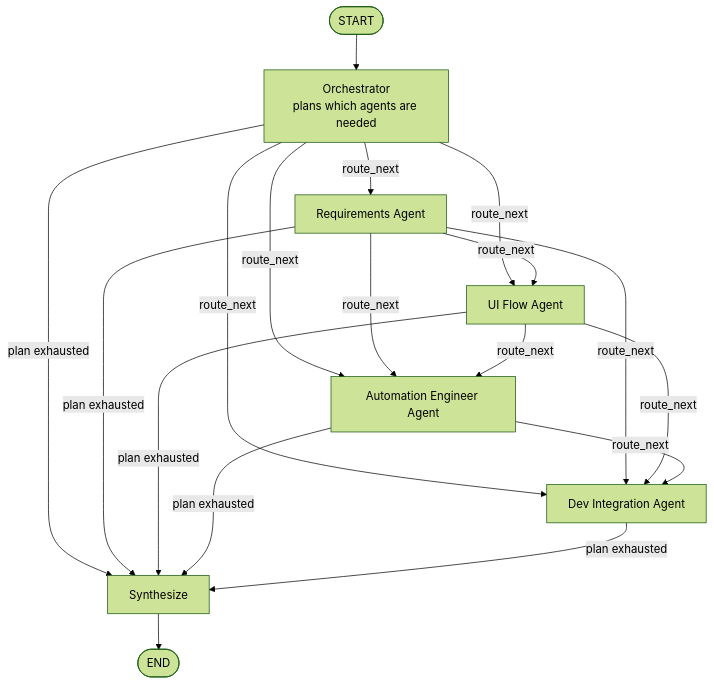
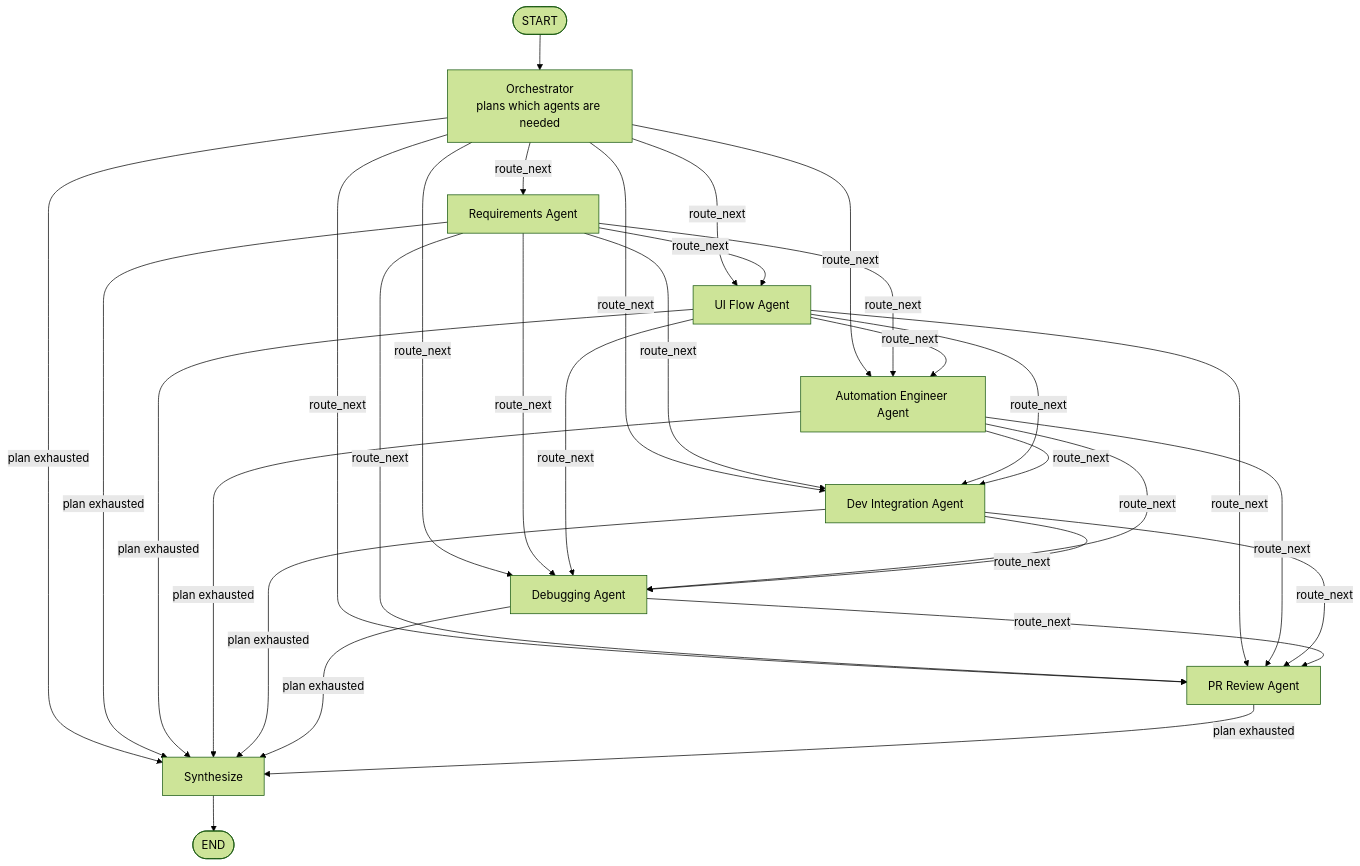
One commit to bennhub/GitHub-QA-Portfolio changed the diagram in AI-QA/Multi-Agent-Workflows/diagrams/workflow-diagram.md. Above: the diagram before and after it, drawn with Mermaid (forest theme). The commit also changed other lines of this file and 9 other files, not shown here.

````diff
--- a/AI-QA/Multi-Agent-Workflows/diagrams/workflow-diagram.md
+++ b/AI-QA/Multi-Agent-Workflows/diagrams/workflow-diagram.md
@@ -8,26 +8,41 @@
 ```mermaid
 flowchart TD
     START([START]) --> ORCH[Orchestrator<br/>plans which agents are needed]
 
     ORCH -->|route_next| REQ[Requirements Agent]
     ORCH -->|route_next| UI[UI Flow Agent]
     ORCH -->|route_next| AUTO[Automation Engineer Agent]
     ORCH -->|route_next| DEV[Dev Integration Agent]
+    ORCH -->|route_next| DEBUG[Debugging Agent]
+    ORCH -->|route_next| PR[PR Review Agent]
     ORCH -->|plan exhausted| SYN[Synthesize]
 
     REQ -->|route_next| UI
     REQ -->|route_next| AUTO
     REQ -->|route_next| DEV
+    REQ -->|route_next| DEBUG
+    REQ -->|route_next| PR
     REQ -->|plan exhausted| SYN
 
     UI -->|route_next| AUTO
     UI -->|route_next| DEV
+    UI -->|route_next| DEBUG
+    UI -->|route_next| PR
     UI -->|plan exhausted| SYN
 
     AUTO -->|route_next| DEV
+    AUTO -->|route_next| DEBUG
+    AUTO -->|route_next| PR
     AUTO -->|plan exhausted| SYN
 
+    DEV -->|route_next| DEBUG
+    DEV -->|route_next| PR
     DEV -->|plan exhausted| SYN
+
+    DEBUG -->|route_next| PR
+    DEBUG -->|plan exhausted| SYN
+
+    PR -->|plan exhausted| SYN
 
     SYN --> END([END])
 ```
````
